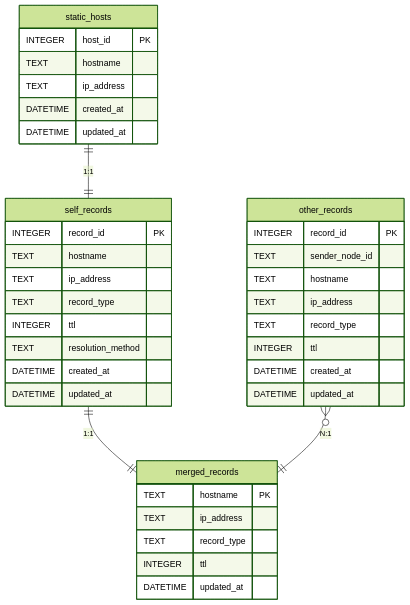
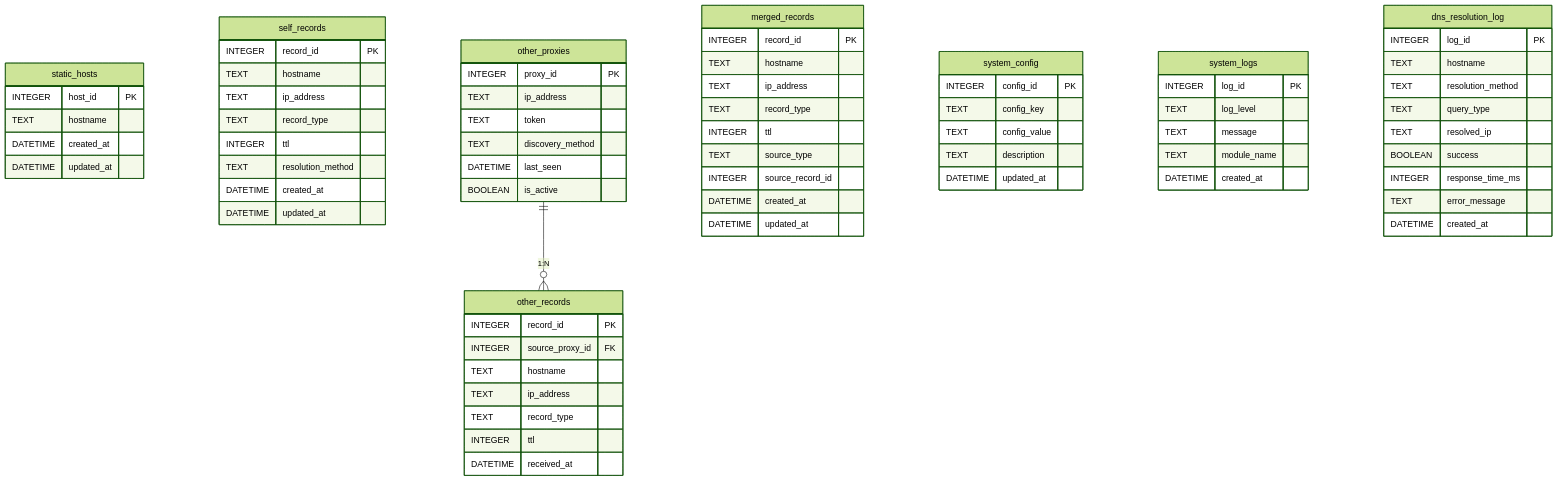
One commit to hiro-gj/mdns_team_proxy changed the diagram in specs/3_基本設計/3.3_ER図.md. Above: the diagram before and after it, drawn with Mermaid (forest theme). The commit also changed other lines of this file and 12 other files, not shown here.

````diff
--- a/specs/3_基本設計/3.3_ER図.md
+++ b/specs/3_基本設計/3.3_ER図.md
@@ -63,40 +108,73 @@
 ```mermaid
 erDiagram
     static_hosts {
         INTEGER host_id PK
         TEXT hostname
-        TEXT ip_address
         DATETIME created_at
         DATETIME updated_at
     }
     self_records {
         INTEGER record_id PK
         TEXT hostname
         TEXT ip_address
         TEXT record_type
         INTEGER ttl
         TEXT resolution_method
         DATETIME created_at
         DATETIME updated_at
     }
     other_records {
         INTEGER record_id PK
-        TEXT sender_node_id
+        INTEGER source_proxy_id FK
         TEXT hostname
         TEXT ip_address
         TEXT record_type
         INTEGER ttl
+        DATETIME received_at
+    }
+    other_proxies {
+        INTEGER proxy_id PK
+        TEXT ip_address
+        TEXT token
+        TEXT discovery_method
+        DATETIME last_seen
+        BOOLEAN is_active
+    }
+    merged_records {
+        INTEGER record_id PK
+        TEXT hostname
+        TEXT ip_address
+        TEXT record_type
+        INTEGER ttl
+        TEXT source_type
+        INTEGER source_record_id
         DATETIME created_at
         DATETIME updated_at
     }
-    merged_records {
-        TEXT hostname PK
-        TEXT ip_address
-        TEXT record_type
-        INTEGER ttl
+    system_config {
+        INTEGER config_id PK
+        TEXT config_key
+        TEXT config_value
+        TEXT description
         DATETIME updated_at
     }
-    static_hosts ||--|| self_records : "1:1"
-    self_records ||--|| merged_records : "1:1"
-    other_records }o--|| merged_records : "N:1"
+    system_logs {
+        INTEGER log_id PK
+        TEXT log_level
+        TEXT message
+        TEXT module_name
+        DATETIME created_at
+    }
+    dns_resolution_log {
+        INTEGER log_id PK
+        TEXT hostname
+        TEXT resolution_method
+        TEXT query_type
+        TEXT resolved_ip
+        BOOLEAN success
+        INTEGER response_time_ms
+        TEXT error_message
+        DATETIME created_at
+    }
+    other_proxies ||--o{ other_records : "1:N"
 ```
````
